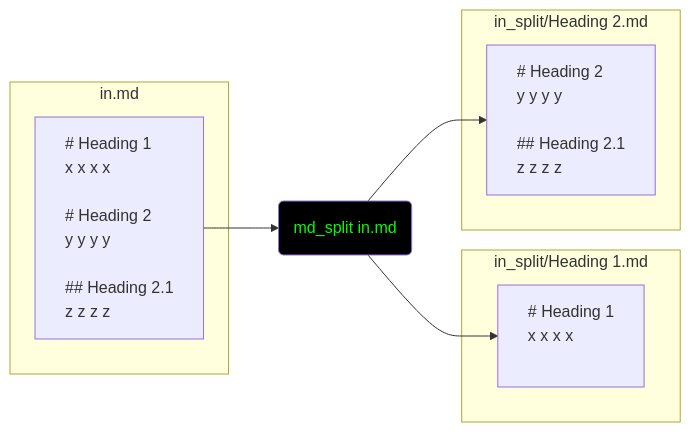
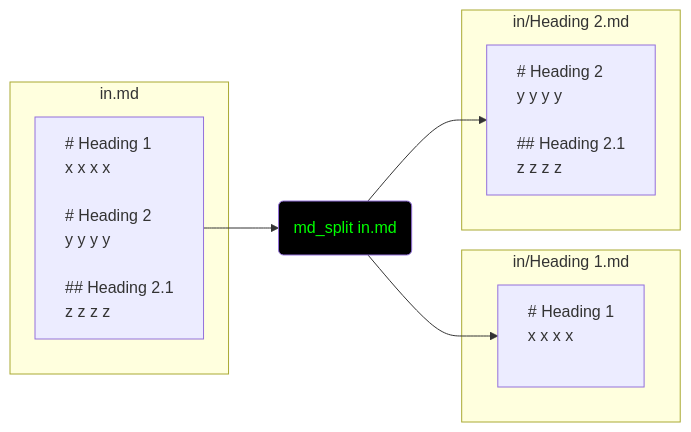
Before and after one commit to markusstraub/mdsplit: the diagram in README.md, drawn with Mermaid. The commit also changed 17 other files, not shown here.

````diff
--- a/README.md
+++ b/README.md
@@ -3,20 +3,20 @@
 ```mermaid
 %%{init: {'themeVariables': { 'fontFamily': 'Monospace', 'text-align': 'left'}}}%%
 flowchart LR
     subgraph in.md
         SRC[# Heading 1<br>x x x x<br><br># Heading 2<br>y y y y<br><br>## Heading 2.1<br>z z z z]
     end
-    subgraph in_split/Heading 1.md
+    subgraph in/Heading 1.md
         SPLIT_A[# Heading 1<br>x x x x<br><br>]
     end
-    subgraph in_split/Heading 2.md
+    subgraph in/Heading 2.md
         SPLIT_B[# Heading 2<br>y y y y<br><br>## Heading 2.1<br>z z z z]
     end
     SRC --> MD_SPLIT(md_split in.md)
     MD_SPLIT --> SPLIT_A
     MD_SPLIT --> SPLIT_B
     style SRC text-align:left
     style SPLIT_A text-align:left
     style SPLIT_B text-align:left
     style MD_SPLIT fill:#000,color:#0F0
 ```
````
